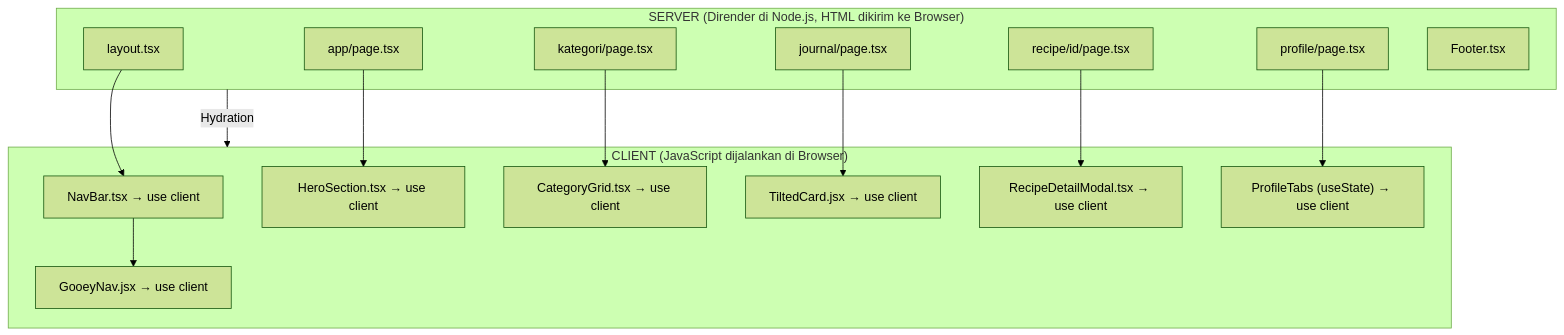
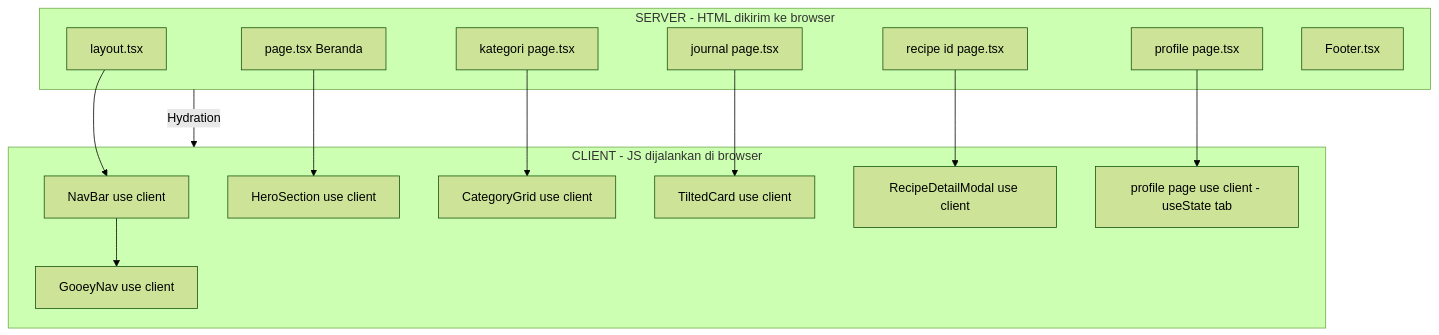
One commit to nabilkencana/Resep-Makanan-Frontend changed the fourth of 5 diagrams in technical_guide.md. Above: the diagram before and after it, drawn with Mermaid (forest theme). The commit also changed other lines of this file and 1 other file, not shown here.

Commit message:
docs: update technical and simple project guides with detailed architecture and component information

````diff
--- a/technical_guide.md
+++ b/technical_guide.md
@@ -200,31 +328,31 @@
 ```mermaid
 graph TD
-    subgraph Server ["SERVER (Dirender di Node.js, HTML dikirim ke Browser)"]
-        Layout2["layout.tsx"]
-        PageHome["app/page.tsx"]
-        PageKat["kategori/page.tsx"]
-        PageJour["journal/page.tsx"]
-        PageProf["profile/page.tsx"]
-        PageRec["recipe/id/page.tsx"]
-        Footer2["Footer.tsx"]
+    subgraph Server ["SERVER - HTML dikirim ke browser"]
+        L["layout.tsx"]
+        PH["page.tsx Beranda"]
+        PK["kategori page.tsx"]
+        PJ["journal page.tsx"]
+        PP["profile page.tsx"]
+        PR["recipe id page.tsx"]
+        F["Footer.tsx"]
     end
 
-    subgraph Client ["CLIENT (JavaScript dijalankan di Browser)"]
-        NavBar2["NavBar.tsx → use client"]
-        HeroSec["HeroSection.tsx → use client"]
-        CatGrid["CategoryGrid.tsx → use client"]
-        TCard["TiltedCard.jsx → use client"]
-        RecModal["RecipeDetailModal.tsx → use client"]
-        ProfTabs["ProfileTabs (useState) → use client"]
-        GooeyN["GooeyNav.jsx → use client"]
+    subgraph Client ["CLIENT - JS dijalankan di browser"]
+        NB["NavBar use client"]
+        HS["HeroSection use client"]
+        CG["CategoryGrid use client"]
+        Ti["TiltedCard use client"]
+        RM["RecipeDetailModal use client"]
+        PT["profile page use client - useState tab"]
+        GN["GooeyNav use client"]
     end
 
-    Server -->|"Hydration"| Client
-    Layout2 --> NavBar2
-    PageHome --> HeroSec
-    PageKat --> CatGrid
-    PageJour --> TCard
-    PageRec --> RecModal
-    PageProf --> ProfTabs
-    NavBar2 --> GooeyN
+    Server -->|Hydration| Client
+    L --> NB
+    PH --> HS
+    PK --> CG
+    PJ --> Ti
+    PR --> RM
+    PP --> PT
+    NB --> GN
 ```
````
